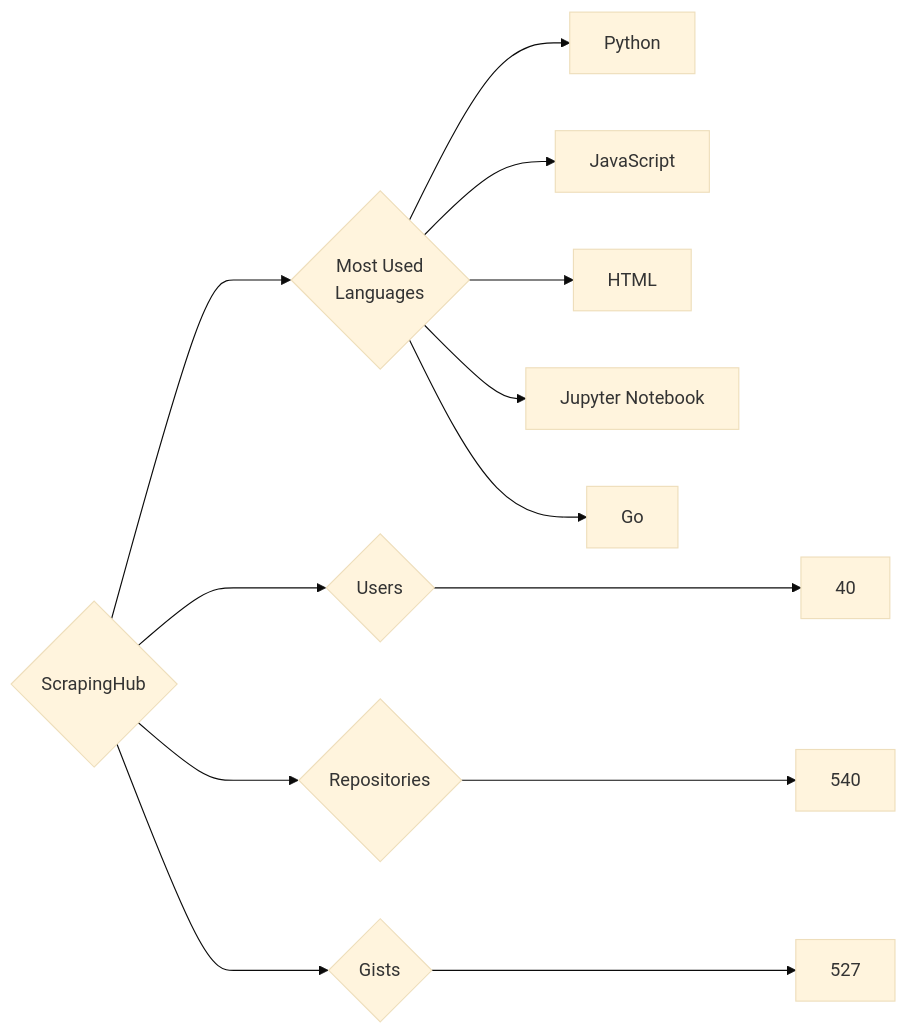
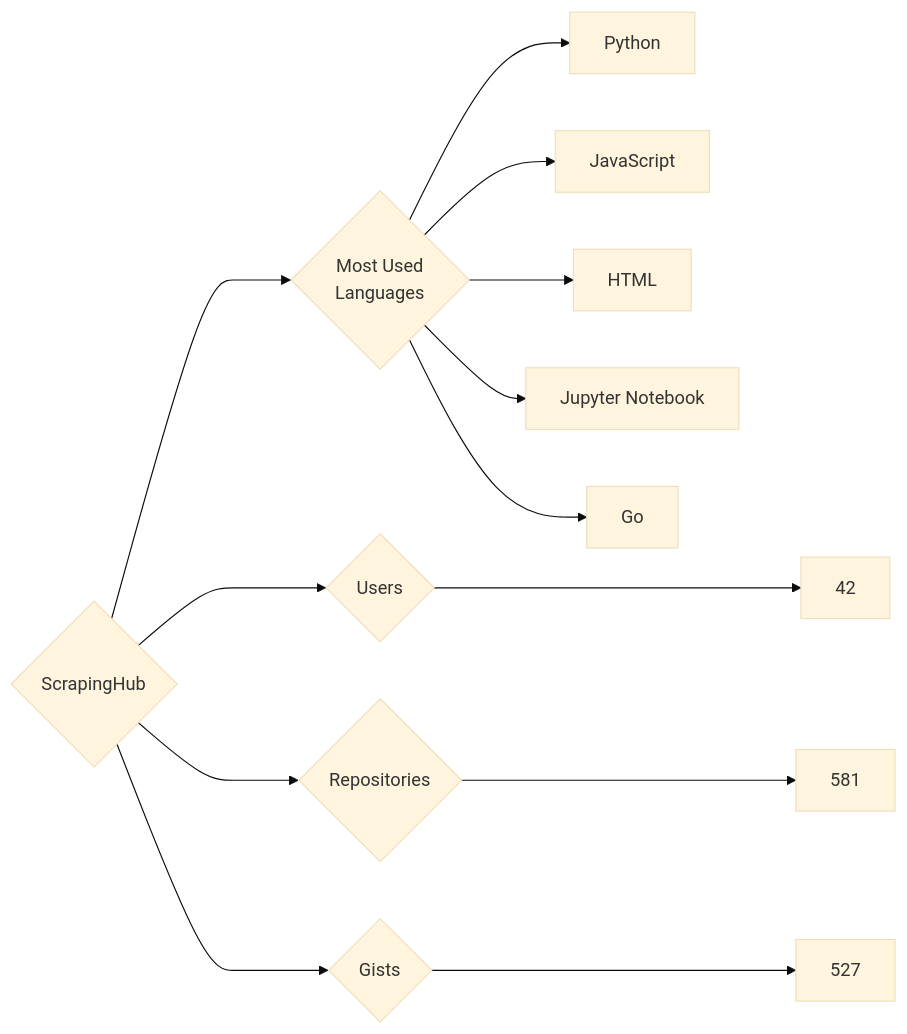
The diagram in targets/ScrapingHub/README.md (trickest/insiders), drawn with Mermaid (base theme) before and after one commit. The commit also changed 964 other files, not shown here.

````diff
--- a/targets/ScrapingHub/README.md
+++ b/targets/ScrapingHub/README.md
@@ -3,13 +3,13 @@
 ```mermaid
 graph LR
 COMPANY_NAME{ScrapingHub}
-COMPANY_NAME ---> U{Users} ---> UN[40]
-COMPANY_NAME ---> R{Repositories} ---> RN[540]
+COMPANY_NAME ---> U{Users} ---> UN[42]
+COMPANY_NAME ---> R{Repositories} ---> RN[581]
 COMPANY_NAME ---> G{Gists} ---> GN[527]
 COMPANY_NAME ---> ML{Most Used<br>Languages}
 ML --> Python[Python]
 ML --> JavaScript[JavaScript]
 ML --> HTML[HTML]
 ML --> Jupyter_Notebook[Jupyter Notebook]
 ML --> Go[Go]
 ```
````
